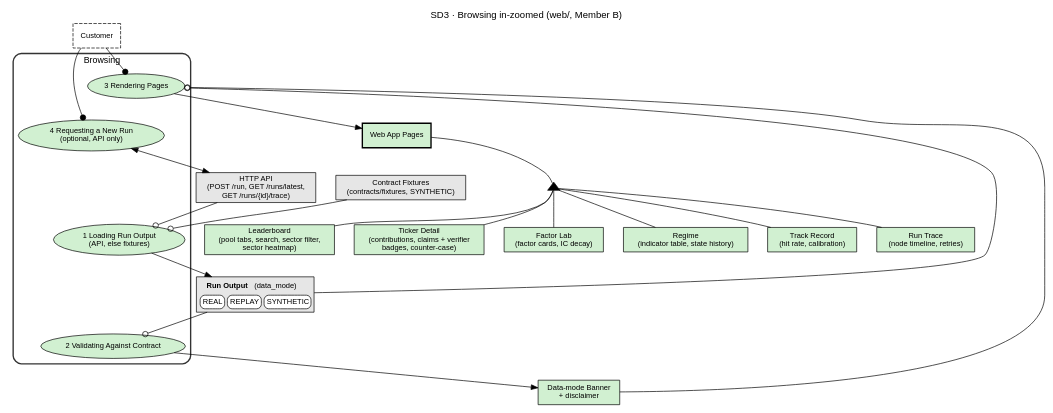
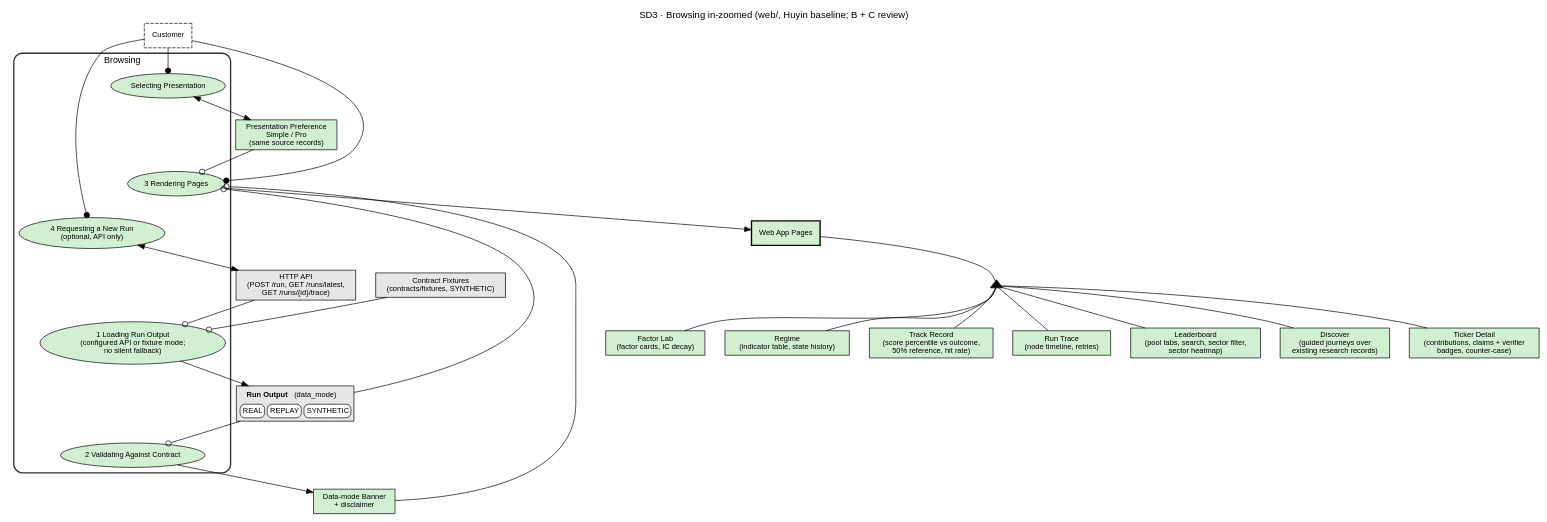
One commit to witold-andelie/tradepulse changed the diagram in docs/architecture/opm/SD3_browsing.dot. Above: the diagram before and after it, drawn with Graphviz. The commit also changed 33 other files, not shown here.

```diff
--- a/docs/architecture/opm/SD3_browsing.dot
+++ b/docs/architecture/opm/SD3_browsing.dot
@@ -1,41 +1,45 @@
-// SD3 · Browsing in-zoomed. Implemented in web/ (Member B).
+// SD3 · Browsing target model. Huyin's UI baseline; C reviews the existing B7-B9 pages.
 digraph SD3 {
   graph [rankdir=TB, fontname="Helvetica", fontsize=14, labelloc=t, nodesep=0.4, ranksep=0.45,
-         compound=true, newrank=true, label="SD3 · Browsing in-zoomed (web/, Member B)"];
+         compound=true, newrank=true, label="SD3 · Browsing in-zoomed (web/, Huyin baseline; B + C review)"];
   node  [fontname="Helvetica", fontsize=11, style=filled, fillcolor="#d1f0d1"];
   edge  [fontname="Helvetica", fontsize=9];
 
   customer [shape=box, style="filled,dashed", fillcolor="#ffffff", label="Customer"];
   api      [shape=box, fillcolor="#e6e6e6", label="HTTP API\n(POST /run, GET /runs/latest,\nGET /runs/{id}/trace)"];
   fixtures [shape=box, fillcolor="#e6e6e6", label="Contract Fixtures\n(contracts/fixtures, SYNTHETIC)"];
   runout   [shape=plain, style="", label=<
     <TABLE BORDER="1" CELLBORDER="1" CELLSPACING="4" CELLPADDING="3" BGCOLOR="#e6e6e6">
       <TR><TD BORDER="0" COLSPAN="3"><B>Run Output</B> (data_mode)</TD></TR>
       <TR><TD PORT="real" STYLE="rounded" BGCOLOR="white">REAL</TD><TD PORT="replay" STYLE="rounded" BGCOLOR="white">REPLAY</TD><TD PORT="synthetic" STYLE="rounded" BGCOLOR="white">SYNTHETIC</TD></TR>
     </TABLE>>];
   pages [shape=box, penwidth=2, label="Web App Pages"];
   agg   [shape=triangle, style=filled, fillcolor=black, label="", width=0.25, height=0.22];
   lb    [shape=box, label="Leaderboard\n(pool tabs, search, sector filter,\nsector heatmap)"];
+  dc    [shape=box, label="Discover\n(guided journeys over\nexisting research records)"];
   td    [shape=box, label="Ticker Detail\n(contributions, claims + verifier\nbadges, counter-case)"];
   fl    [shape=box, label="Factor Lab\n(factor cards, IC decay)"];
   rg    [shape=box, label="Regime\n(indicator table, state history)"];
-  tr    [shape=box, label="Track Record\n(hit rate, calibration)"];
+  tr    [shape=box, label="Track Record\n(score percentile vs outcome,\n50% reference, hit rate)"];
   rt    [shape=box, label="Run Trace\n(node timeline, retries)"];
-  pages -> agg [arrowhead=none]; agg -> {lb td fl rg tr rt} [arrowhead=none];
+  pages -> agg [arrowhead=none]; agg -> {dc lb td fl rg tr rt} [arrowhead=none];
   banner [shape=box, label="Data-mode Banner\n+ disclaimer"];
+  view [shape=box, label="Presentation Preference\nSimple / Pro\n(same source records)"];
 
   subgraph cluster_b {
     label="Browsing"; style="rounded,bold"; color="#333333"; fontsize=13;
-    b1 [shape=ellipse, label="1 Loading Run Output\n(API, else fixtures)"];
+    b1 [shape=ellipse, label="1 Loading Run Output\n(configured API or fixture mode;\nno silent fallback)"];
     b2 [shape=ellipse, label="2 Validating Against Contract"];
     b3 [shape=ellipse, label="3 Rendering Pages"];
     b4 [shape=ellipse, label="4 Requesting a New Run\n(optional, API only)"];
+    b5 [shape=ellipse, label="Selecting Presentation"];
     b1 -> b2 -> b3 -> b4 [style=invis, weight=10];
   }
 
   customer -> b3 [arrowhead=dot]; customer -> b4 [arrowhead=dot];
+  customer -> b5 [arrowhead=dot]; b5 -> view [dir=both]; view -> b3 [arrowhead=odot];
   api -> b1 [arrowhead=odot]; fixtures -> b1 [arrowhead=odot]; b1 -> runout;
   runout -> b2 [arrowhead=odot]; b2 -> banner;
   runout -> b3 [arrowhead=odot]; b3 -> pages; banner -> b3 [arrowhead=odot];
   b4 -> api [dir=both];
 }
```
